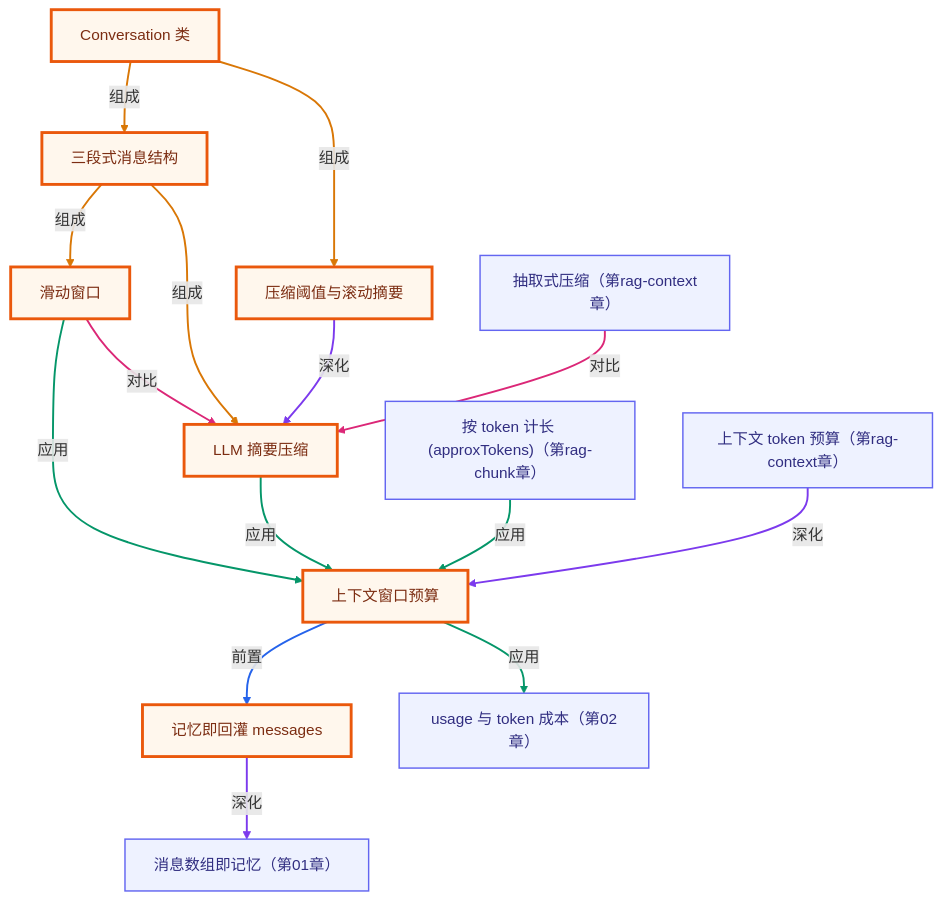
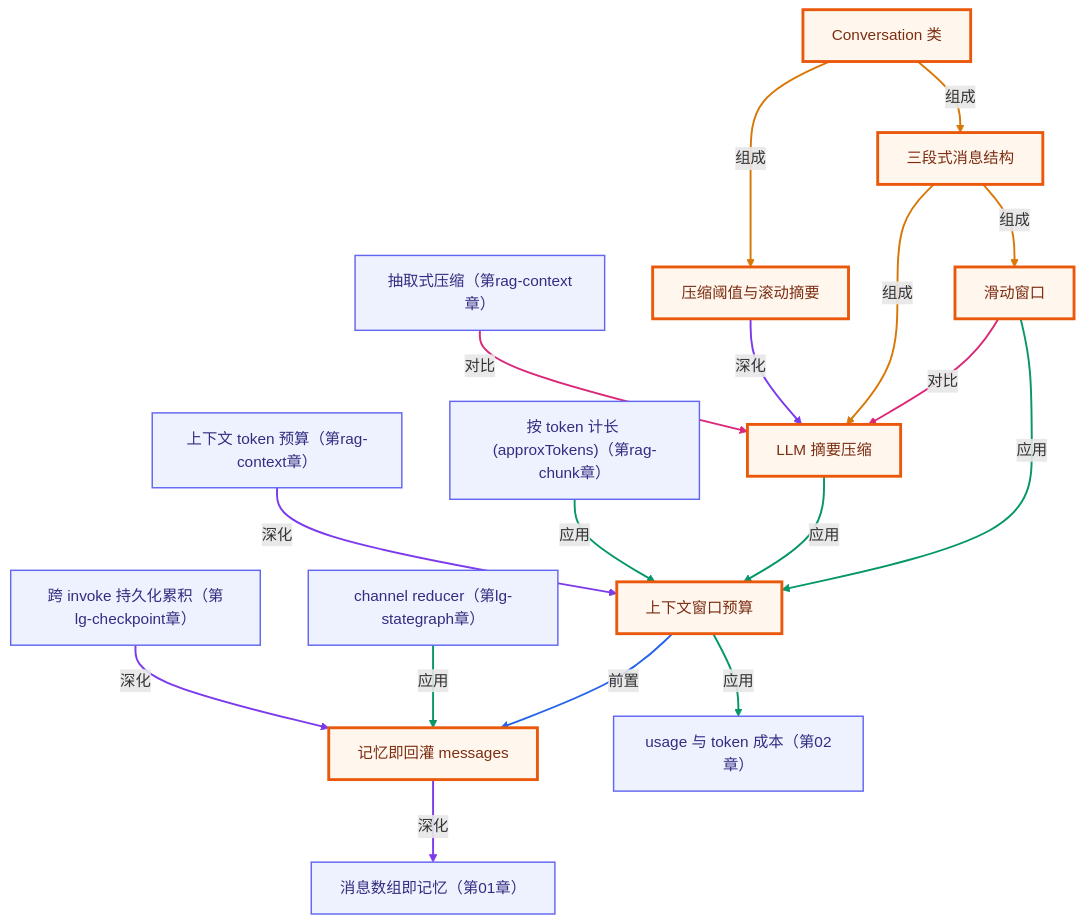
Before and after one commit to songuu/agent: the second of 2 diagrams in lessons/07-short-term-memory/README.md, drawn with Mermaid. The commit also changed other lines of this file and 58 other files, not shown here.

````diff
--- a/lessons/07-short-term-memory/README.md
+++ b/lessons/07-short-term-memory/README.md
@@ -239,47 +239,53 @@
 ```mermaid
 graph TB
   classDef own fill:#fff7ed,stroke:#ea580c,stroke-width:3px,color:#7c2d12;
   classDef cross fill:#eef2ff,stroke:#6366f1,stroke-width:1.5px,color:#312e81;
   n_c07_conversation_as_array["记忆即回灌 messages"]
   n_c07_context_window_budget["上下文窗口预算"]
   n_c07_sliding_window["滑动窗口"]
   n_c07_llm_summary_compression["LLM 摘要压缩"]
   n_c07_message_layout["三段式消息结构"]
   n_c07_summarize_threshold["压缩阈值与滚动摘要"]
   n_c07_conversation_class["Conversation 类"]
   n_c01_message_memory["消息数组即记忆（第01章）"]
   n_c02_usage_token["usage 与 token 成本（第02章）"]
   n_cragchunk_token_budget["按 token 计长 (approxTokens)（第rag-chunk章）"]
   n_cragctx_context_budget["上下文 token 预算（第rag-context章）"]
   n_cragctx_compression["抽取式压缩（第rag-context章）"]
+  n_lgsg_reducer["channel reducer（第lg-stategraph章）"]
+  n_lgcp_persist_accumulate["跨 invoke 持久化累积（第lg-checkpoint章）"]
   n_c07_context_window_budget -->|前置| n_c07_conversation_as_array
   n_c07_sliding_window -->|应用| n_c07_context_window_budget
   n_c07_llm_summary_compression -->|应用| n_c07_context_window_budget
   n_c07_sliding_window -->|对比| n_c07_llm_summary_compression
   n_c07_message_layout -->|组成| n_c07_sliding_window
   n_c07_message_layout -->|组成| n_c07_llm_summary_compression
   n_c07_summarize_threshold -->|深化| n_c07_llm_summary_compression
   n_c07_conversation_class -->|组成| n_c07_message_layout
   n_c07_conversation_class -->|组成| n_c07_summarize_threshold
   n_c07_conversation_as_array -->|深化| n_c01_message_memory
   n_c07_context_window_budget -->|应用| n_c02_usage_token
   n_cragchunk_token_budget -->|应用| n_c07_context_window_budget
   n_cragctx_context_budget -->|深化| n_c07_context_window_budget
   n_cragctx_compression -->|对比| n_c07_llm_summary_compression
+  n_lgsg_reducer -->|应用| n_c07_conversation_as_array
+  n_lgcp_persist_accumulate -->|深化| n_c07_conversation_as_array
   class n_c07_conversation_as_array,n_c07_context_window_budget,n_c07_sliding_window,n_c07_llm_summary_compression,n_c07_message_layout,n_c07_summarize_threshold,n_c07_conversation_class own;
-  class n_c01_message_memory,n_c02_usage_token,n_cragchunk_token_budget,n_cragctx_context_budget,n_cragctx_compression cross;
+  class n_c01_message_memory,n_c02_usage_token,n_cragchunk_token_budget,n_cragctx_context_budget,n_cragctx_compression,n_lgsg_reducer,n_lgcp_persist_accumulate cross;
   linkStyle 0 stroke:#2563eb,stroke-width:2px;
   linkStyle 1 stroke:#059669,stroke-width:2px;
   linkStyle 2 stroke:#059669,stroke-width:2px;
   linkStyle 3 stroke:#db2777,stroke-width:2px;
   linkStyle 4 stroke:#d97706,stroke-width:2px;
   linkStyle 5 stroke:#d97706,stroke-width:2px;
   linkStyle 6 stroke:#7c3aed,stroke-width:2px;
   linkStyle 7 stroke:#d97706,stroke-width:2px;
   linkStyle 8 stroke:#d97706,stroke-width:2px;
   linkStyle 9 stroke:#7c3aed,stroke-width:2px;
   linkStyle 10 stroke:#059669,stroke-width:2px;
   linkStyle 11 stroke:#059669,stroke-width:2px;
   linkStyle 12 stroke:#7c3aed,stroke-width:2px;
   linkStyle 13 stroke:#db2777,stroke-width:2px;
+  linkStyle 14 stroke:#059669,stroke-width:2px;
+  linkStyle 15 stroke:#7c3aed,stroke-width:2px;
 ```
````
